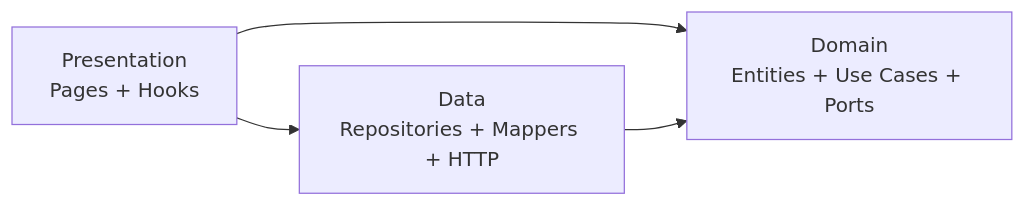
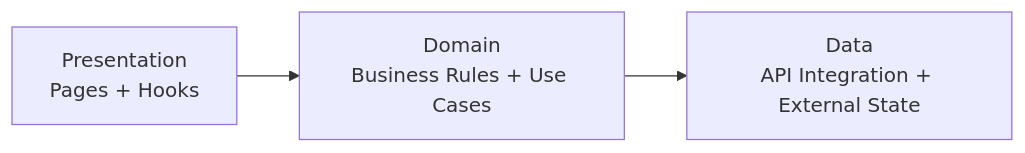
One commit to gnm3000/react-bdd-cucumber changed the fourth of 5 diagrams in README.md. Above: the diagram before and after it, drawn with Mermaid. The commit also changed other lines of this file and 2 other files, not shown here.

````diff
--- a/README.md
+++ b/README.md
@@ -143,6 +143,5 @@
 ```mermaid
 flowchart LR
-  UI[Presentation<br/>Pages + Hooks] --> DOMAIN[Domain<br/>Entities + Use Cases + Ports]
-  DATA[Data<br/>Repositories + Mappers + HTTP] --> DOMAIN
-  UI --> DATA
+  UI[Presentation<br/>Pages + Hooks] --> DOMAIN[Domain<br/>Business Rules + Use Cases]
+  DOMAIN --> DATA[Data<br/>API Integration + External State]
 ```
````
